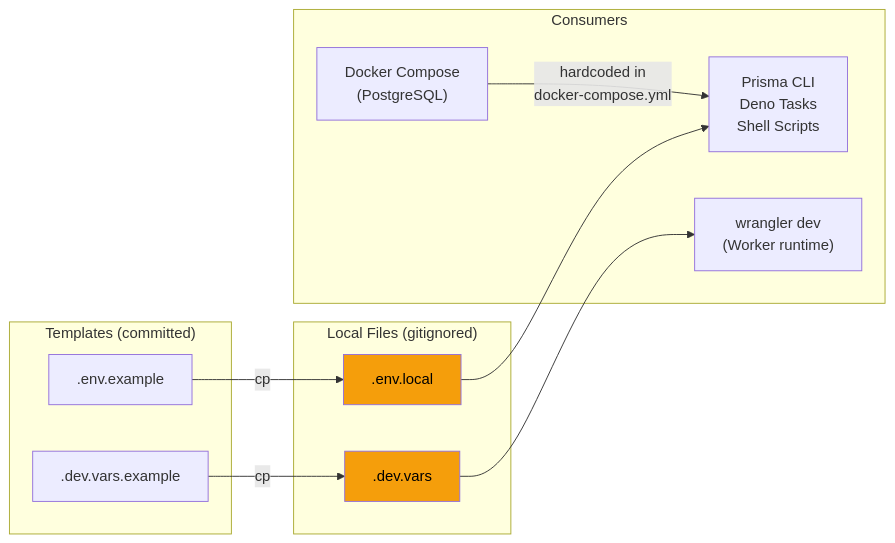
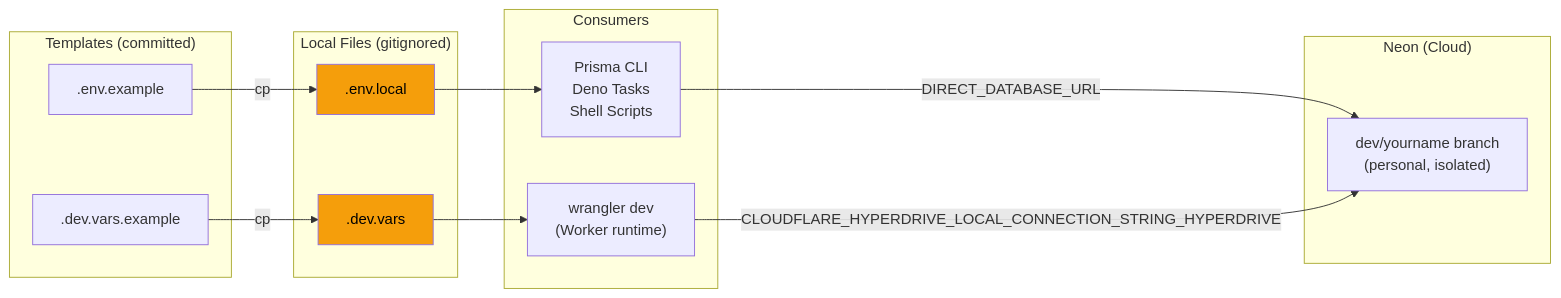
One commit to jaypatrick/adblock-compiler changed the third of 3 diagrams in docs/deployment/PRODUCTION_SECRETS.md. Above: the diagram before and after it, drawn with Mermaid. The commit also changed other lines of this file and 9 other files, not shown here.

First line of the commit message:
chore: retire HYPERDRIVE_DEV, switch local dev to Neon branching, add D1 migration tracking doc

````diff
--- a/docs/deployment/PRODUCTION_SECRETS.md
+++ b/docs/deployment/PRODUCTION_SECRETS.md
@@ -304,27 +310,31 @@
 ```mermaid
 flowchart LR
     subgraph Templates["Templates (committed)"]
         A[".env.example"]
         B[".dev.vars.example"]
     end
 
     subgraph Local["Local Files (gitignored)"]
         C[".env.local"]
         D[".dev.vars"]
     end
 
     subgraph Consumers["Consumers"]
         E["Prisma CLI\nDeno Tasks\nShell Scripts"]
         F["wrangler dev\n(Worker runtime)"]
-        G["Docker Compose\n(PostgreSQL)"]
+    end
+
+    subgraph Neon["Neon (Cloud)"]
+        NB["dev/yourname branch\n(personal, isolated)"]
     end
 
     A -->|"cp"| C
     B -->|"cp"| D
     C --> E
     D --> F
-    G -->|"hardcoded in\ndocker-compose.yml"| E
+    E -->|"DIRECT_DATABASE_URL"| NB
+    F -->|"CLOUDFLARE_HYPERDRIVE_LOCAL_CONNECTION_STRING_HYPERDRIVE"| NB
 
     style C fill:#f59e0b,color:#000
     style D fill:#f59e0b,color:#000
 ```
````
